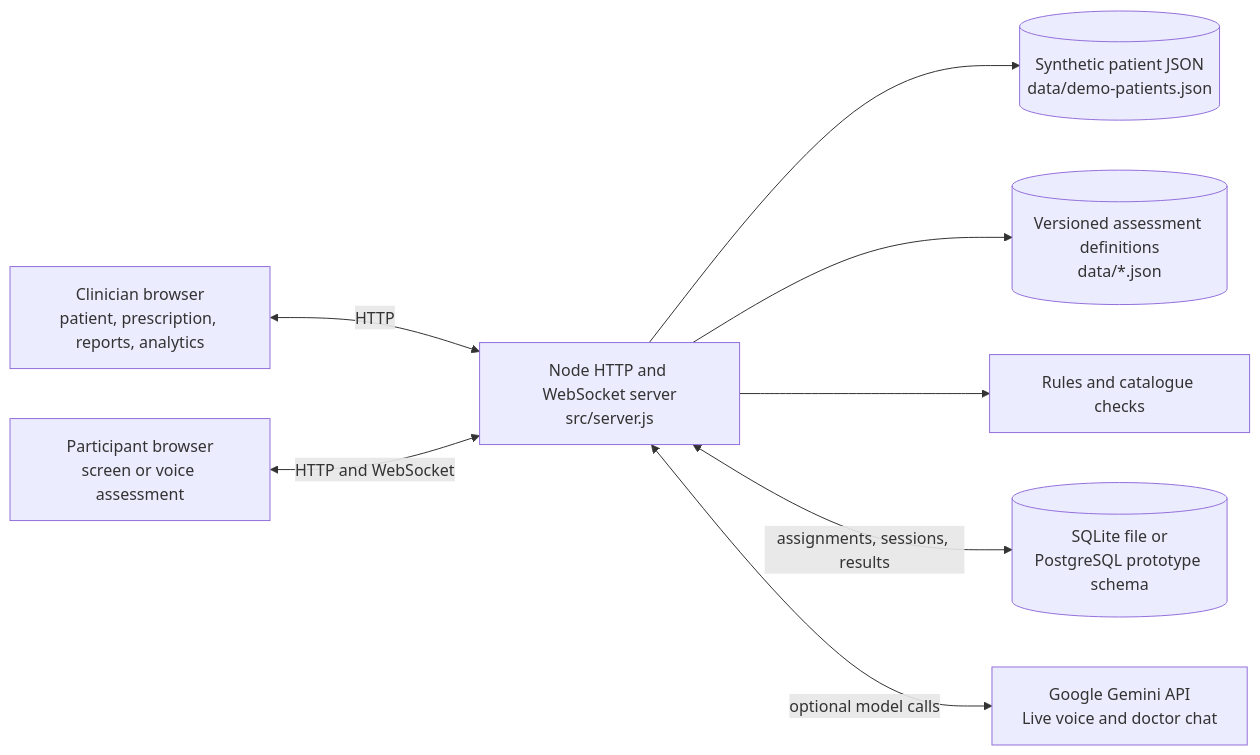
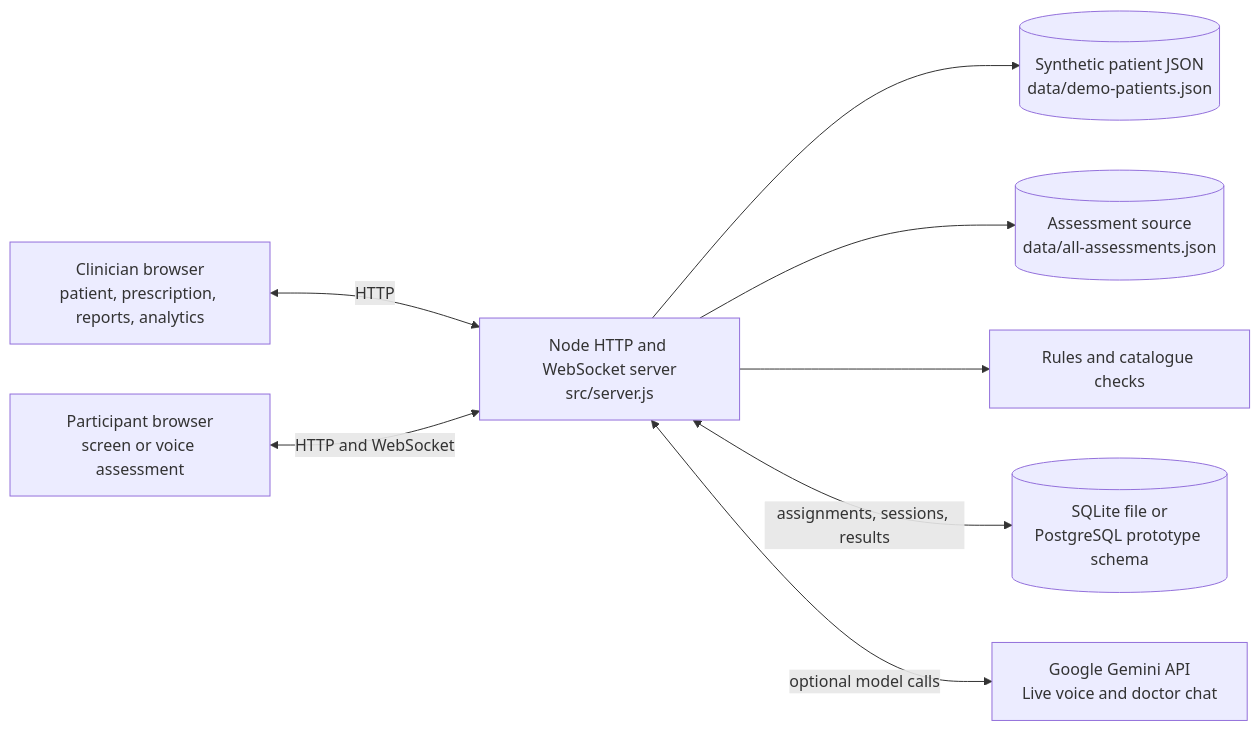
Before and after one commit to Keviv21/PHQ-9-assessment: the first of 5 diagrams in docs/PROTOTYPE_ARCHITECTURE.md, drawn with Mermaid. The commit also changed other lines of this file and 43 other files, not shown here.

````diff
--- a/docs/PROTOTYPE_ARCHITECTURE.md
+++ b/docs/PROTOTYPE_ARCHITECTURE.md
@@ -7,18 +7,18 @@
 ```mermaid
 flowchart LR
     C[Clinician browser<br/>patient, prescription, reports, analytics]
     P[Participant browser<br/>screen or voice assessment]
     N[Node HTTP and WebSocket server<br/>src/server.js]
     J[(Synthetic patient JSON<br/>data/demo-patients.json)]
-    F[(Versioned assessment definitions<br/>data/*.json)]
+    F[(Assessment source<br/>data/all-assessments.json)]
     R[Rules and catalogue checks]
     D[(SQLite file or<br/>PostgreSQL prototype schema)]
     G[Google Gemini API<br/>Live voice and doctor chat]
     C <-->|HTTP| N
     P <-->|HTTP and WebSocket| N
     N --> J
     N --> F
     N --> R
     N <-->|assignments, sessions, results| D
     N <-->|optional model calls| G
 ```
````
